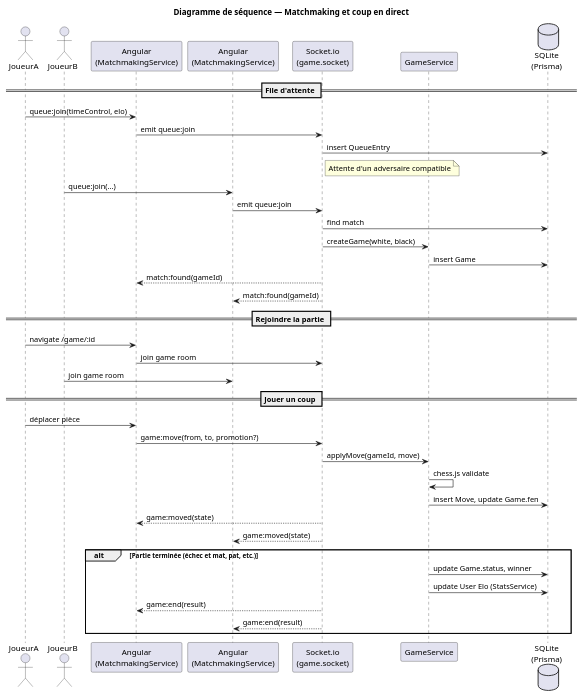
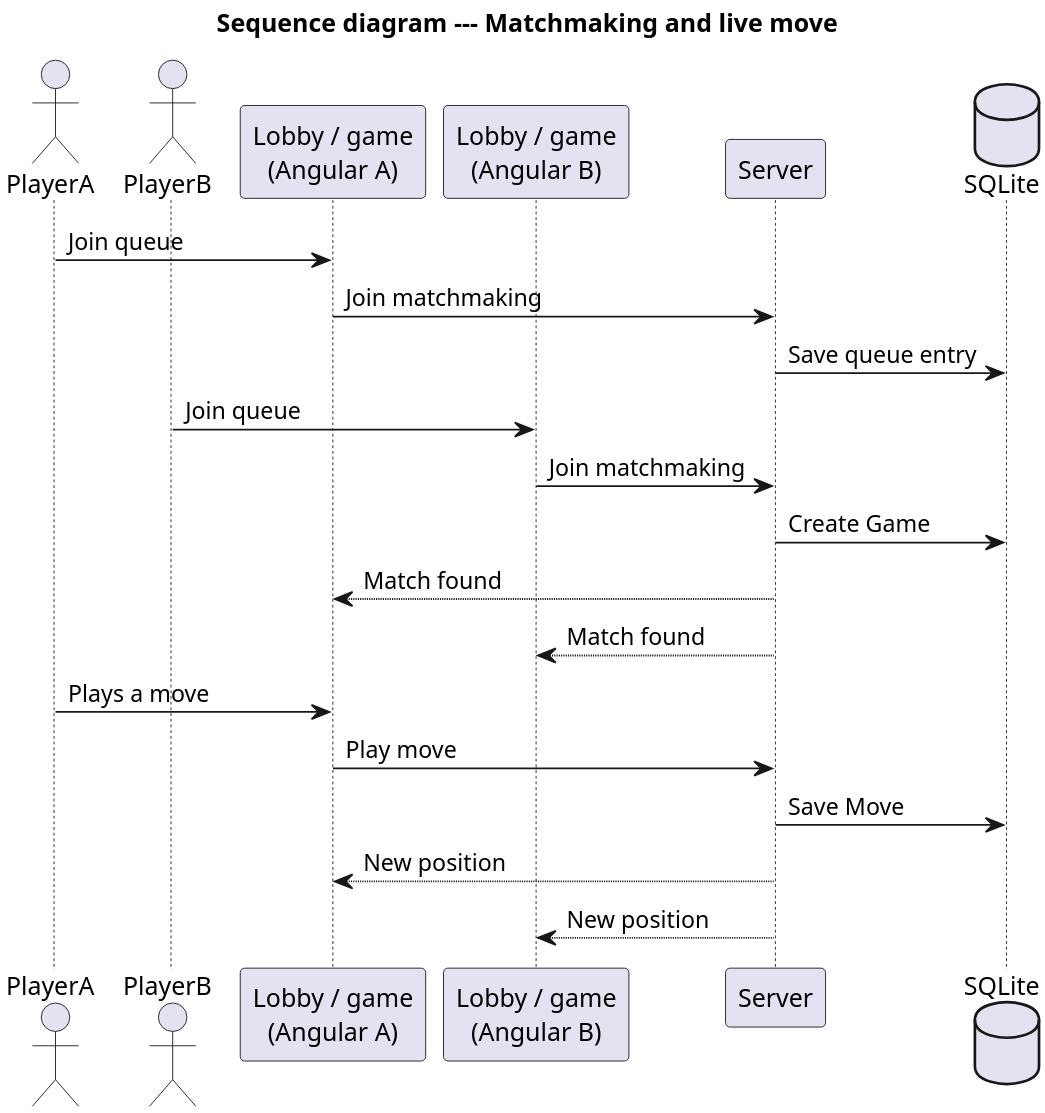
Before and after one commit to dhialasmer12/square-one-chess: the diagram in docs/uml/04-sequence-matchmaking.puml, drawn with PlantUML. The commit also changed 313 other files, not shown here.

Commit message:
Publish the completed Square One PFE: app updates, rapport, UML, and UI figures.

```diff
--- a/docs/uml/04-sequence-matchmaking.puml
+++ b/docs/uml/04-sequence-matchmaking.puml
@@ -1,47 +1,26 @@
 @startuml Sequence_Matchmaking_Game
-title Diagramme de séquence — Matchmaking et coup en direct
+skinparam dpi 300
+skinparam shadowing false
+title Sequence diagram --- Matchmaking and live move
 
-actor JoueurA as A
-actor JoueurB as B
-participant "Angular\n(MatchmakingService)" as FE_A
-participant "Angular\n(MatchmakingService)" as FE_B
-participant "Socket.io\n(game.socket)" as SOCK
-participant "GameService" as GS
-database "SQLite\n(Prisma)" as DB
+actor PlayerA as A
+actor PlayerB as B
+participant "Lobby / game\n(Angular A)" as UI_A
+participant "Lobby / game\n(Angular B)" as UI_B
+participant "Server" as S
+database "SQLite" as DB
 
-== File d'attente ==
-A -> FE_A : queue:join(timeControl, elo)
-FE_A -> SOCK : emit queue:join
-SOCK -> DB : insert QueueEntry
-note right of SOCK : Attente d'un adversaire compatible
-
-B -> FE_B : queue:join(...)
-FE_B -> SOCK : emit queue:join
-SOCK -> DB : find match
-SOCK -> GS : createGame(white, black)
-GS -> DB : insert Game
-SOCK --> FE_A : match:found(gameId)
-SOCK --> FE_B : match:found(gameId)
-
-== Rejoindre la partie ==
-A -> FE_A : navigate /game/:id
-FE_A -> SOCK : join game room
-B -> FE_B : join game room
-
-== Jouer un coup ==
-A -> FE_A : déplacer pièce
-FE_A -> SOCK : game:move(from, to, promotion?)
-SOCK -> GS : applyMove(gameId, move)
-GS -> GS : chess.js validate
-GS -> DB : insert Move, update Game.fen
-SOCK --> FE_A : game:moved(state)
-SOCK --> FE_B : game:moved(state)
-
-alt Partie terminée (échec et mat, pat, etc.)
-  GS -> DB : update Game.status, winner
-  GS -> DB : update User Elo (StatsService)
-  SOCK --> FE_A : game:end(result)
-  SOCK --> FE_B : game:end(result)
-end
-
+A -> UI_A : Join queue
+UI_A -> S : Join matchmaking
+S -> DB : Save queue entry
+B -> UI_B : Join queue
+UI_B -> S : Join matchmaking
+S -> DB : Create Game
+S --> UI_A : Match found
+S --> UI_B : Match found
+A -> UI_A : Plays a move
+UI_A -> S : Play move
+S -> DB : Save Move
+S --> UI_A : New position
+S --> UI_B : New position
 @enduml
```
